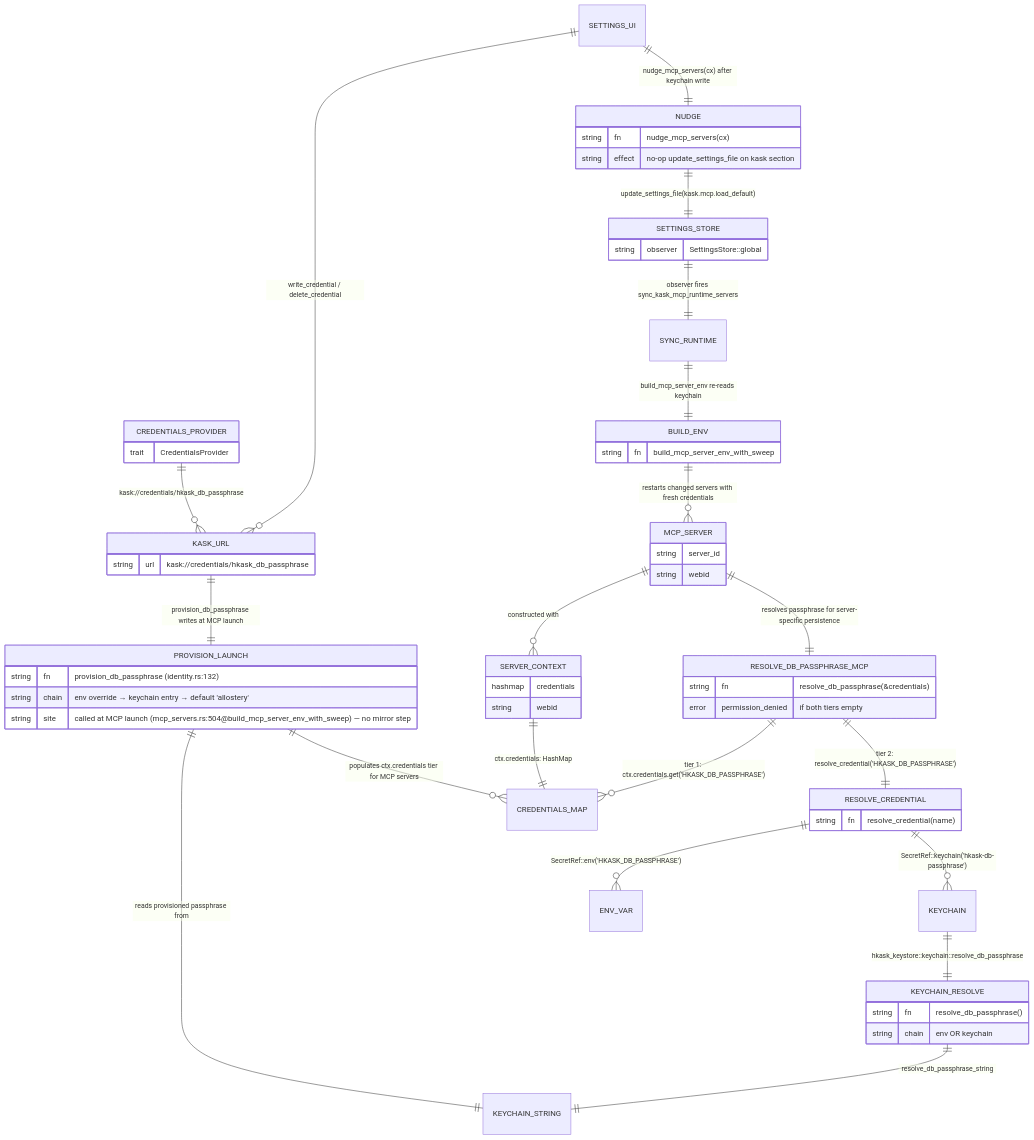
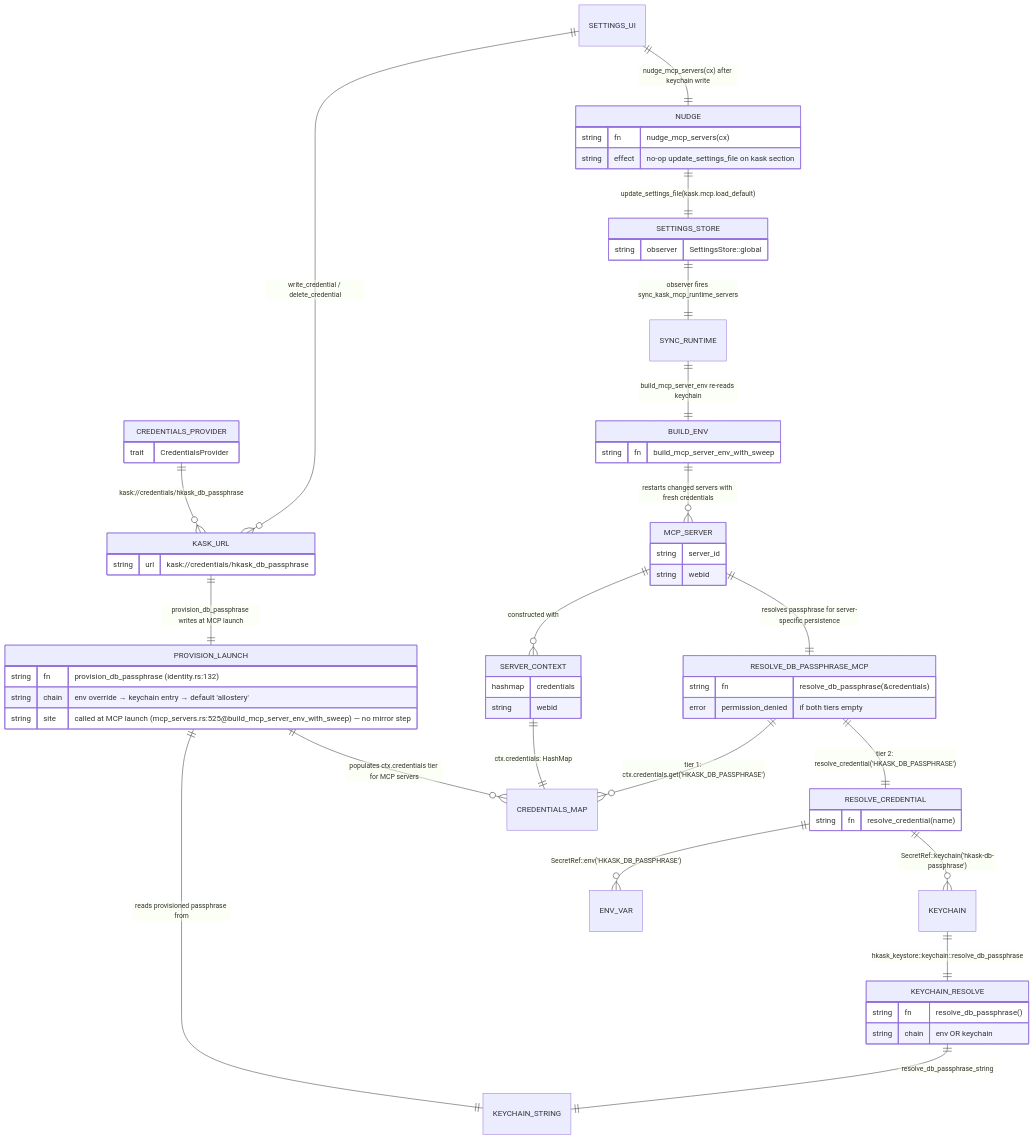
The fourth of 7 diagrams in kask/docs/diagrams/architecture.md (mdz-axo/zed-kask), drawn with Mermaid before and after one commit. The commit also changed other lines of this file and 26 other files, not shown here.

First line of the commit message:
hkask-mcp-nostr-relay: a loopback Nostr relay as the ninth built-in MCP server (D105)

````diff
--- a/kask/docs/diagrams/architecture.md
+++ b/kask/docs/diagrams/architecture.md
@@ -252,65 +252,65 @@
 ```mermaid
 erDiagram
     MCP_SERVER ||--o{ SERVER_CONTEXT : "constructed with"
     SERVER_CONTEXT ||--|| CREDENTIALS_MAP : "ctx.credentials: HashMap<String,String>"
     MCP_SERVER ||--|| RESOLVE_DB_PASSPHRASE_MCP : "resolves passphrase for server-specific persistence"
     RESOLVE_DB_PASSPHRASE_MCP ||--o{ CREDENTIALS_MAP : "tier 1: ctx.credentials.get('HKASK_DB_PASSPHRASE')"
     RESOLVE_DB_PASSPHRASE_MCP ||--|| RESOLVE_CREDENTIAL : "tier 2: resolve_credential('HKASK_DB_PASSPHRASE')"
     RESOLVE_CREDENTIAL ||--o{ ENV_VAR : "SecretRef::env('HKASK_DB_PASSPHRASE')"
     RESOLVE_CREDENTIAL ||--o{ KEYCHAIN : "SecretRef::keychain('hkask-db-passphrase')"
     KEYCHAIN ||--|| KEYCHAIN_RESOLVE : "hkask_keystore::keychain::resolve_db_passphrase"
     KEYCHAIN_RESOLVE ||--|| KEYCHAIN_STRING : "resolve_db_passphrase_string"
 
     CREDENTIALS_PROVIDER ||--o{ KASK_URL : "kask://credentials/hkask_db_passphrase"
     KASK_URL ||--|| PROVISION_LAUNCH : "provision_db_passphrase writes at MCP launch"
     PROVISION_LAUNCH ||--|| KEYCHAIN_STRING : "reads provisioned passphrase from"
     PROVISION_LAUNCH ||--o{ CREDENTIALS_MAP : "populates ctx.credentials tier for MCP servers"
 
     SETTINGS_UI ||--o{ KASK_URL : "write_credential / delete_credential"
     SETTINGS_UI ||--|| NUDGE : "nudge_mcp_servers(cx) after keychain write"
     NUDGE ||--|| SETTINGS_STORE : "update_settings_file(kask.mcp.load_default)"
     SETTINGS_STORE ||--|| SYNC_RUNTIME : "observer fires sync_kask_mcp_runtime_servers"
     SYNC_RUNTIME ||--|| BUILD_ENV : "build_mcp_server_env re-reads keychain"
     BUILD_ENV ||--o{ MCP_SERVER : "restarts changed servers with fresh credentials"
 
     MCP_SERVER {
         string server_id
         string webid
     }
     SERVER_CONTEXT {
         hashmap credentials
         string webid
     }
     RESOLVE_DB_PASSPHRASE_MCP {
         string fn "resolve_db_passphrase(&credentials)"
         error permission_denied "if both tiers empty"
     }
     RESOLVE_CREDENTIAL {
         string fn "resolve_credential(name)"
     }
     KEYCHAIN_RESOLVE {
         string fn "resolve_db_passphrase()"
         string chain "env OR keychain"
     }
     CREDENTIALS_PROVIDER {
         trait CredentialsProvider
     }
     KASK_URL {
         string url "kask://credentials/hkask_db_passphrase"
     }
     PROVISION_LAUNCH {
         string fn "provision_db_passphrase (identity.rs:132)"
         string chain "env override → keychain entry → default 'allostery'"
-        string site "called at MCP launch (mcp_servers.rs:504@build_mcp_server_env_with_sweep) — no mirror step"
+        string site "called at MCP launch (mcp_servers.rs:525@build_mcp_server_env_with_sweep) — no mirror step"
     }
     NUDGE {
         string fn "nudge_mcp_servers(cx)"
         string effect "no-op update_settings_file on kask section"
     }
     SETTINGS_STORE {
         string observer "SettingsStore::global"
     }
     BUILD_ENV {
         string fn "build_mcp_server_env_with_sweep"
     }
 ```
````
